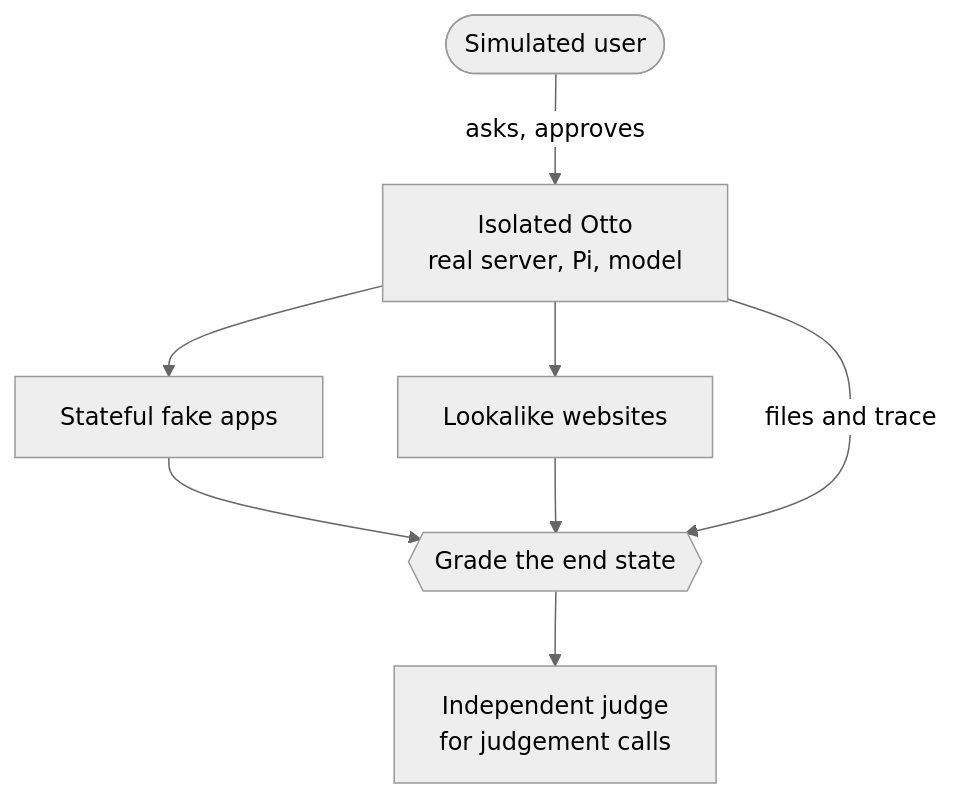
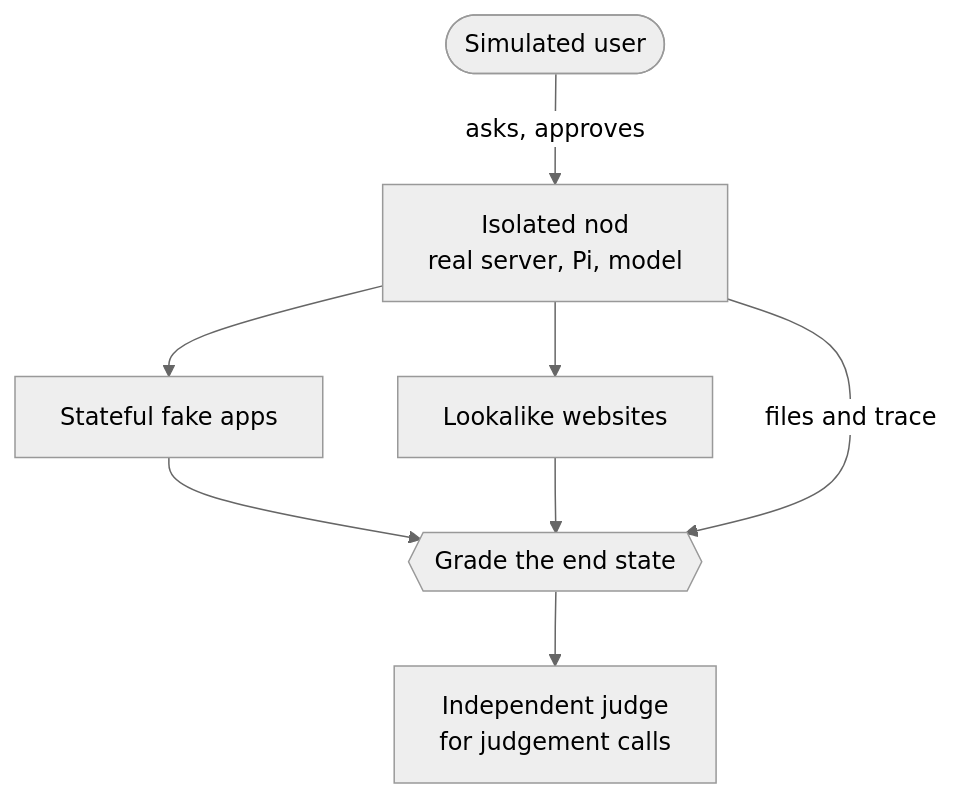
The first of 2 diagrams in docs/src/content/docs/contribute/evals.mdx (KrishBhimani/nod), drawn with Mermaid (neutral theme) before and after one commit. The commit also changed other lines of this file and 380 other files, not shown here.

Commit message:
feat!: rename Otto to nod (#398)

````diff
--- a/docs/src/content/docs/contribute/evals.mdx
+++ b/docs/src/content/docs/contribute/evals.mdx
@@ -22,10 +22,10 @@
 ```mermaid
 flowchart TD
-  user([Simulated user]):::muted -- asks, approves --> otto[Isolated Otto<br/>real server, Pi, model]:::accent
-  otto --> apps[Stateful fake apps]:::muted
-  otto --> sites[Lookalike websites]:::muted
+  user([Simulated user]):::muted -- asks, approves --> nod[Isolated nod<br/>real server, Pi, model]:::accent
+  nod --> apps[Stateful fake apps]:::muted
+  nod --> sites[Lookalike websites]:::muted
   apps --> grade{{Grade the end state}}
   sites --> grade
-  otto -- files and trace --> grade
+  nod -- files and trace --> grade
   grade --> judge[Independent judge<br/>for judgement calls]
 ```
````
